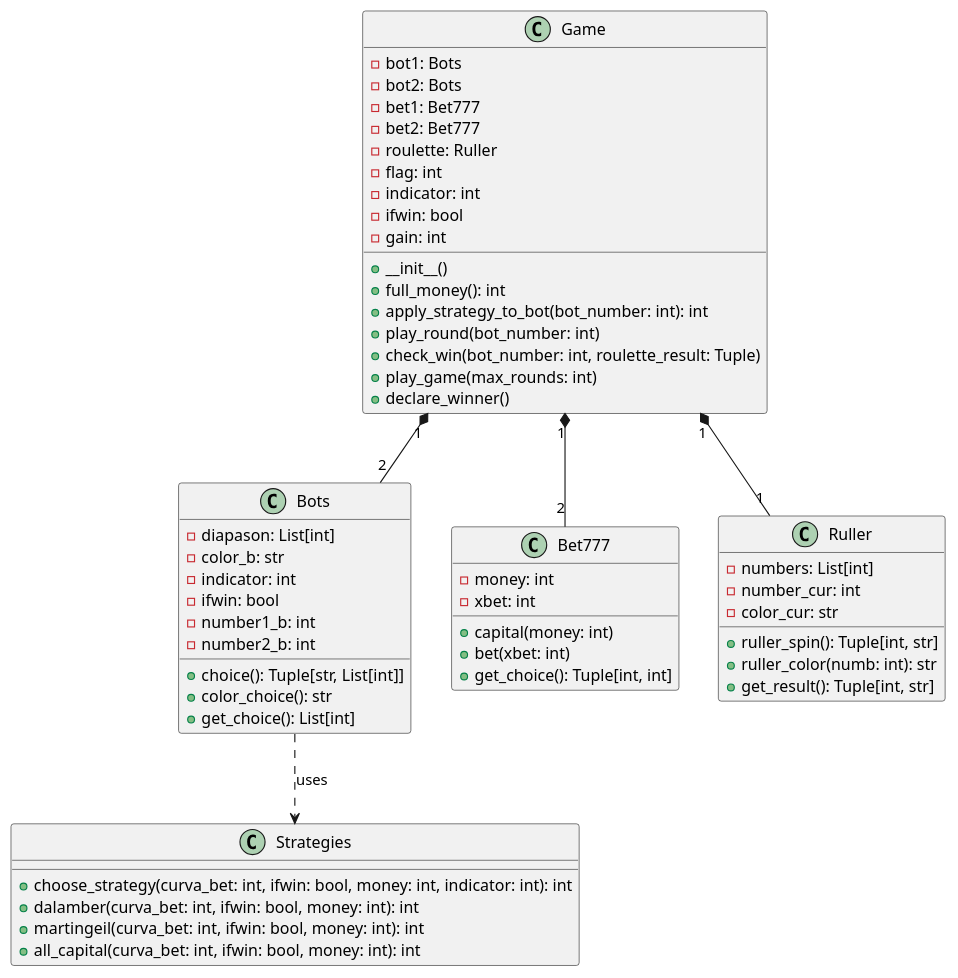
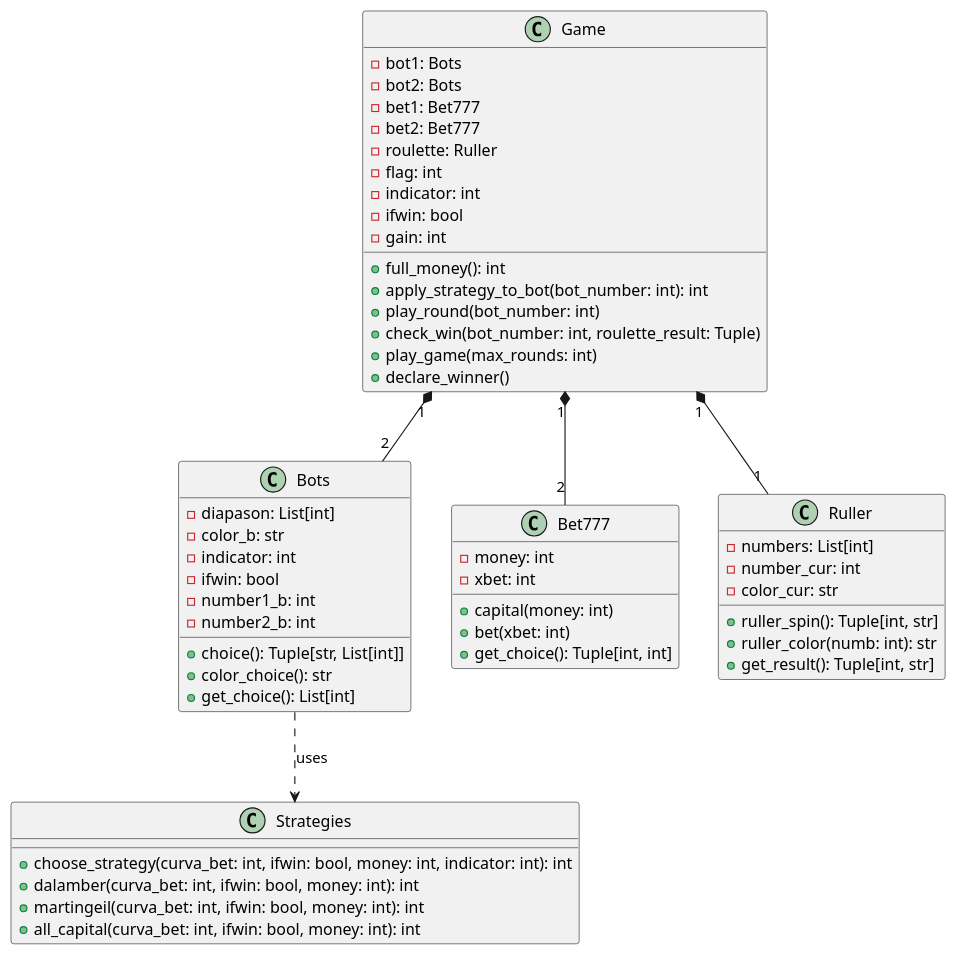
The diagram in project/classes_diagram.puml (Blaukitty/spbu-python-course), drawn with PlantUML before and after one commit.

```diff
--- a/project/classes_diagram.puml
+++ b/project/classes_diagram.puml
@@ -1,63 +1,62 @@
 @startuml
 
 class Game {
   - bot1: Bots
   - bot2: Bots  
   - bet1: Bet777
   - bet2: Bet777
   - roulette: Ruller
   - flag: int
   - indicator: int
   - ifwin: bool
   - gain: int
-  + __init__()
   + full_money(): int
   + apply_strategy_to_bot(bot_number: int): int
   + play_round(bot_number: int)
   + check_win(bot_number: int, roulette_result: Tuple)
   + play_game(max_rounds: int)
   + declare_winner()
 }
 
 class Bots {
   - diapason: List[int]
   - color_b: str
   - indicator: int
   - ifwin: bool
   - number1_b: int
   - number2_b: int
   + choice(): Tuple[str, List[int]]
   + color_choice(): str
   + get_choice(): List[int]
 }
 
 class Bet777 {
   - money: int
   - xbet: int
   + capital(money: int)
   + bet(xbet: int)
   + get_choice(): Tuple[int, int]
 }
 
 class Strategies {
   + choose_strategy(curva_bet: int, ifwin: bool, money: int, indicator: int): int
   + dalamber(curva_bet: int, ifwin: bool, money: int): int
   + martingeil(curva_bet: int, ifwin: bool, money: int): int
   + all_capital(curva_bet: int, ifwin: bool, money: int): int
 }
 
 class Ruller {
   - numbers: List[int]
   - number_cur: int
   - color_cur: str
   + ruller_spin(): Tuple[int, str]
   + ruller_color(numb: int): str
   + get_result(): Tuple[int, str]
 }
 
 Game "1" *-- "2" Bots
 Game "1" *-- "2" Bet777  
 Game "1" *-- "1" Ruller
 Bots ..> Strategies : uses
 
 @enduml
```
